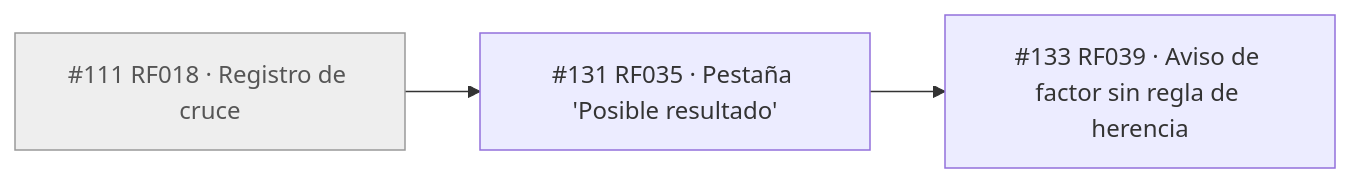
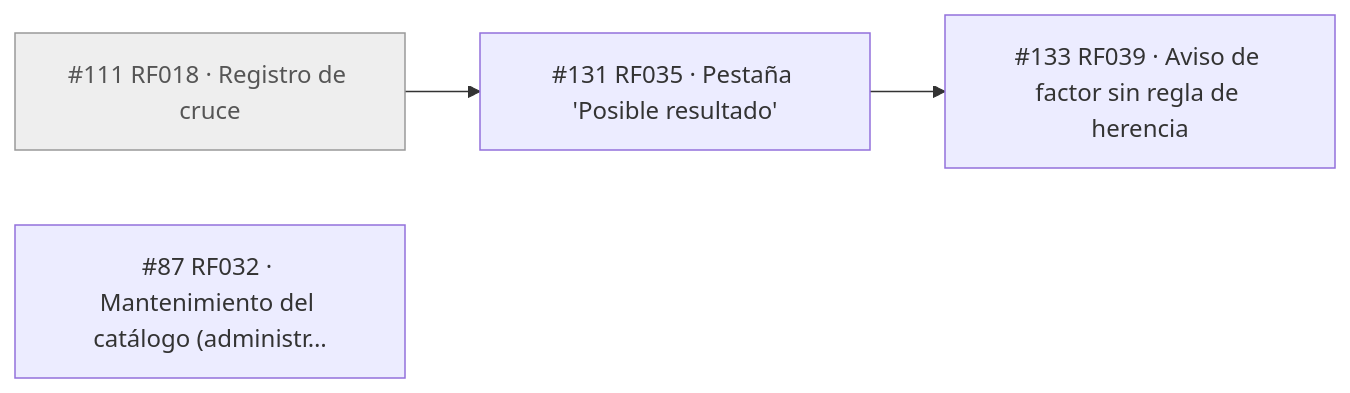
Before and after one commit to JereR1621/sistema-gestion-criadero-canarios: the tenth of 11 diagrams in docs/guia-issues.md, drawn with Mermaid. The commit also changed other lines of this file and 4 other files, not shown here.

````diff
--- a/docs/guia-issues.md
+++ b/docs/guia-issues.md
@@ -415,10 +437,11 @@
 ```mermaid
 flowchart LR
     n111["#111 RF018 · Registro de cruce"]:::antes
+    n87["#87 RF032 · Mantenimiento del catálogo (administr…"]
     n131["#131 RF035 · Pestaña 'Posible resultado'"]
     n133["#133 RF039 · Aviso de factor sin regla de herencia"]
     n111 --> n131
     n131 --> n133
     classDef antes fill:#eeeeee,stroke:#999999,color:#555555
     classDef ajuste fill:#fde2dc,stroke:#c0392b
 ```
````
